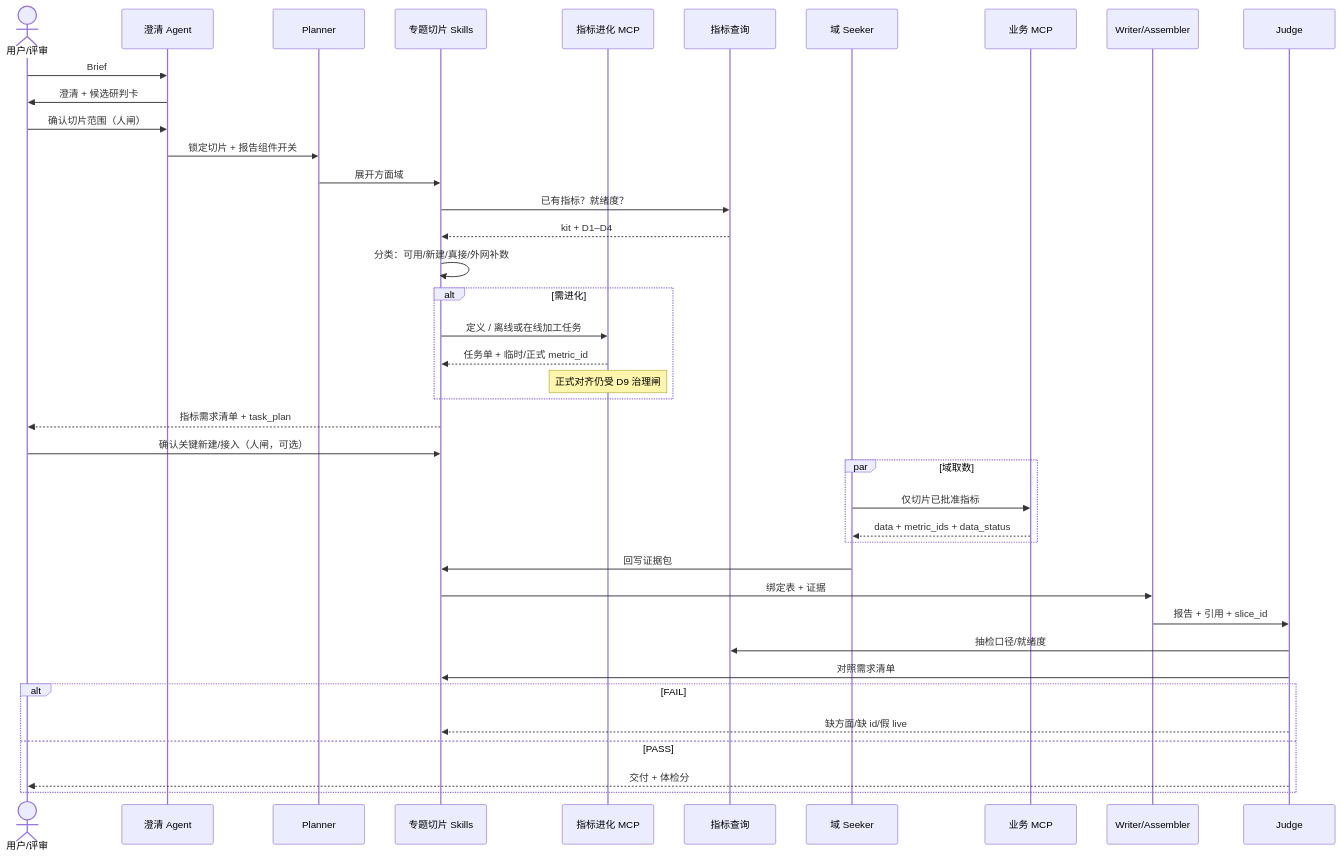
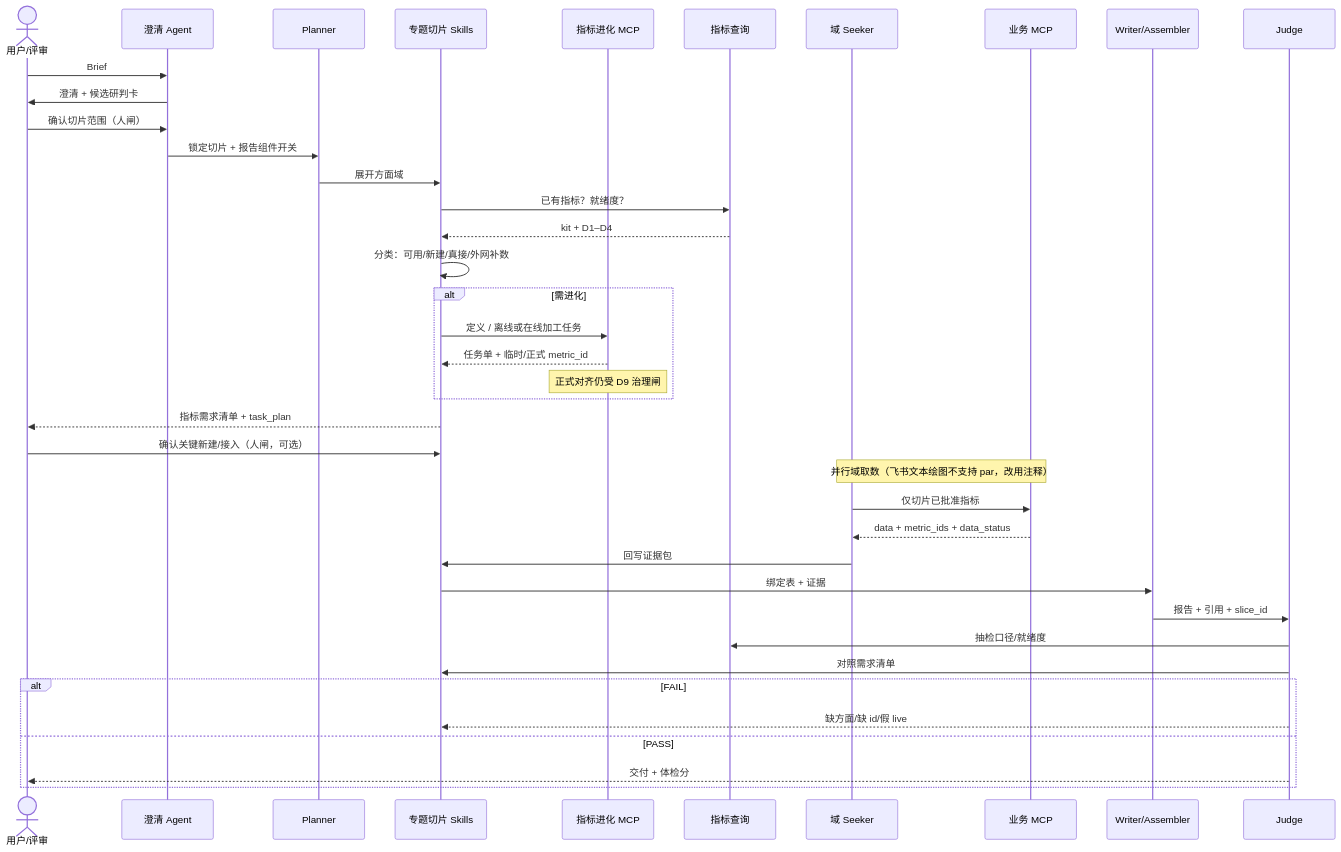
One commit to Marisolebxf/- changed the fourth of 6 diagrams in agent-delivery/工程过程/04-系统集成/08-MCP外部服务/对接文档/对端/2026-11-16-战略咨询报告Agent设计模式-graph-loop-harness.md. Above: the diagram before and after it, drawn with Mermaid. The commit also changed other lines of this file and 3 other files, not shown here.

````diff
--- a/agent-delivery/工程过程/04-系统集成/08-MCP外部服务/对接文档/对端/2026-11-16-战略咨询报告Agent设计模式-graph-loop-harness.md
+++ b/agent-delivery/工程过程/04-系统集成/08-MCP外部服务/对接文档/对端/2026-11-16-战略咨询报告Agent设计模式-graph-loop-harness.md
@@ -319,44 +322,43 @@
 ```mermaid
 sequenceDiagram
   actor User as 用户/评审
   participant Clarify as 澄清 Agent
   participant Plan as Planner
   participant Slice as 专题切片 Skills
   participant Evo as 指标进化 MCP
   participant Reg as 指标查询
   participant Seek as 域 Seeker
   participant Biz as 业务 MCP
   participant Write as Writer/Assembler
   participant Judge as Judge
 
   User->>Clarify: Brief
   Clarify->>User: 澄清 + 候选研判卡
   User->>Clarify: 确认切片范围（人闸）
   Clarify->>Plan: 锁定切片 + 报告组件开关
   Plan->>Slice: 展开方面域
   Slice->>Reg: 已有指标？就绪度？
   Reg-->>Slice: kit + D1–D4
   Slice->>Slice: 分类：可用/新建/真接/外网补数
   alt 需进化
     Slice->>Evo: 定义 / 离线或在线加工任务
     Evo-->>Slice: 任务单 + 临时/正式 metric_id
     Note over Evo: 正式对齐仍受 D9 治理闸
   end
   Slice-->>User: 指标需求清单 + task_plan
   User->>Slice: 确认关键新建/接入（人闸，可选）
 
-  par 域取数
-    Seek->>Biz: 仅切片已批准指标
-    Biz-->>Seek: data + metric_ids + data_status
-  end
+  Note over Seek,Biz: 并行域取数（飞书文本绘图不支持 par，改用注释）
+  Seek->>Biz: 仅切片已批准指标
+  Biz-->>Seek: data + metric_ids + data_status
   Seek->>Slice: 回写证据包
   Slice->>Write: 绑定表 + 证据
   Write->>Judge: 报告 + 引用 + slice_id
   Judge->>Reg: 抽检口径/就绪度
   Judge->>Slice: 对照需求清单
   alt FAIL
     Judge-->>Slice: 缺方面/缺 id/假 live
   else PASS
     Judge-->>User: 交付 + 体检分
   end
 ```
````
